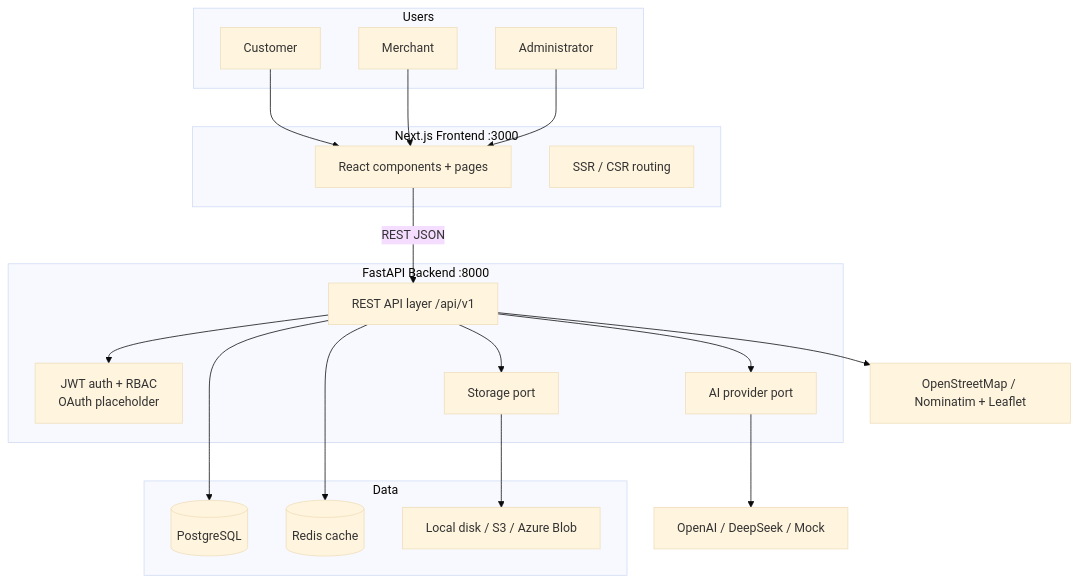
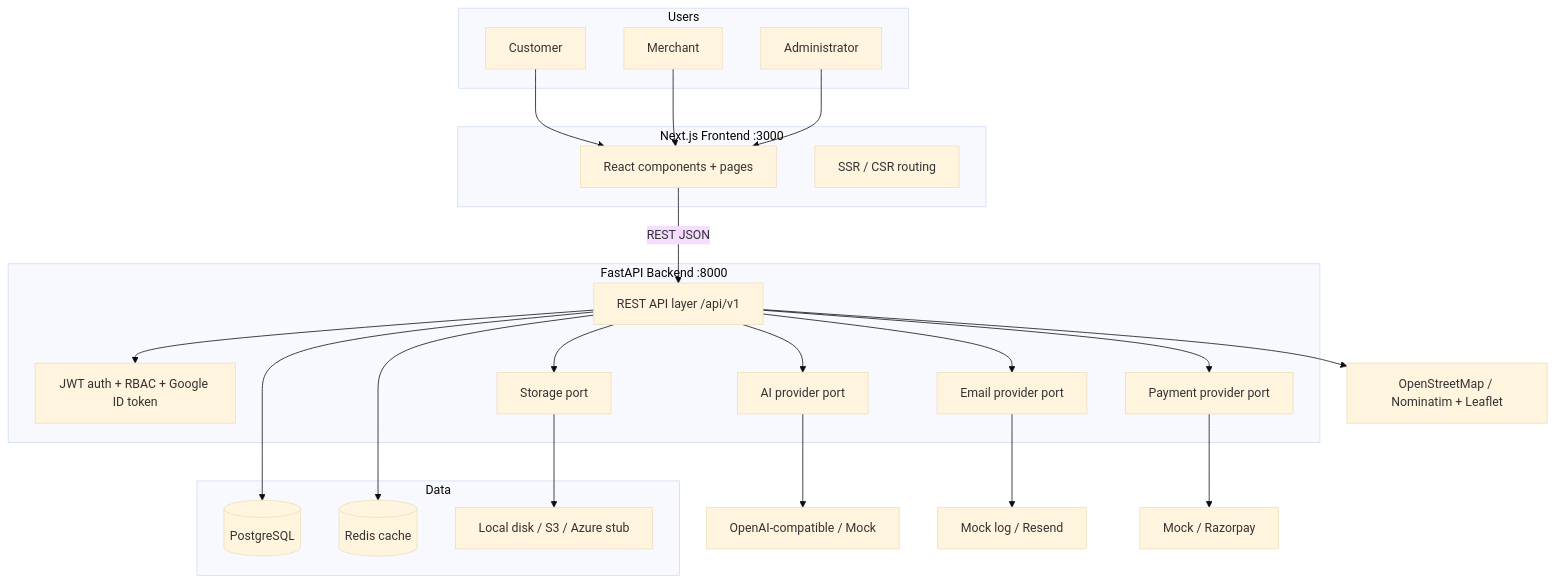
Before and after one commit to krishnaviswa/MEngPlat: the third of 21 diagrams in README.md, drawn with Mermaid (base theme). The commit also changed other lines of this file and 29 other files, not shown here.

````diff
--- a/README.md
+++ b/README.md
@@ -219,39 +219,45 @@
 ```mermaid
 flowchart TB
     subgraph Users
         C[Customer]
         M[Merchant]
         A[Administrator]
     end
 
     subgraph Frontend["Next.js Frontend :3000"]
         UI[React components + pages]
         SSR[SSR / CSR routing]
     end
 
     subgraph Backend["FastAPI Backend :8000"]
         API[REST API layer /api/v1]
-        AUTH[JWT auth + RBAC<br/>OAuth placeholder]
+        AUTH[JWT auth + RBAC + Google ID token]
         AI[AI provider port]
         STORAGE[Storage port]
+        MAIL[Email provider port]
+        PAY[Payment provider port]
     end
 
     subgraph Data
         PG[(PostgreSQL)]
         RD[(Redis cache)]
-        FS[Local disk / S3 / Azure Blob]
+        FS[Local disk / S3 / Azure stub]
     end
 
     C --> UI
     M --> UI
     A --> UI
     UI -->|REST JSON| API
     API --> AUTH
     API --> PG
     API --> RD
     API --> AI
     API --> STORAGE
+    API --> MAIL
+    API --> PAY
     STORAGE --> FS
-    AI --> LLM[OpenAI / DeepSeek / Mock]
+    AI --> LLM[OpenAI-compatible / Mock]
+    MAIL --> MailVend[Mock log / Resend]
+    PAY --> PayVend[Mock / Razorpay]
     API --> Maps[OpenStreetMap / Nominatim + Leaflet]
 ```
````
